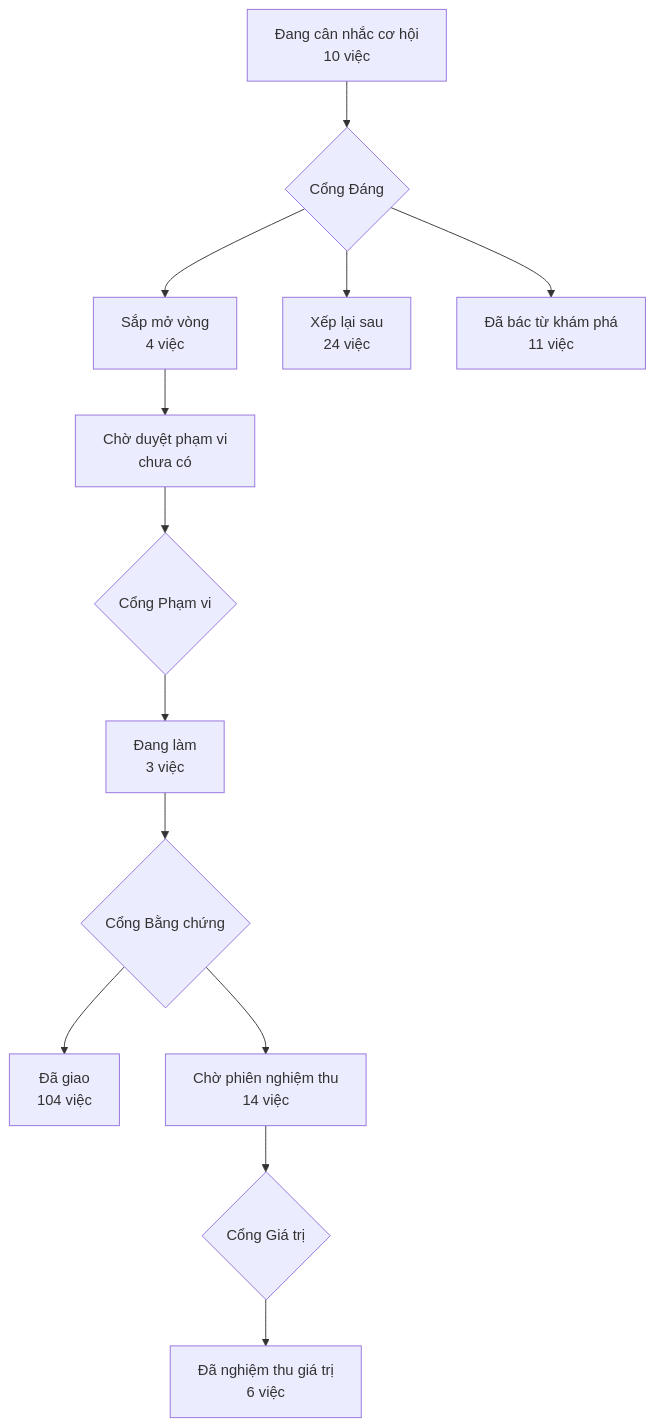
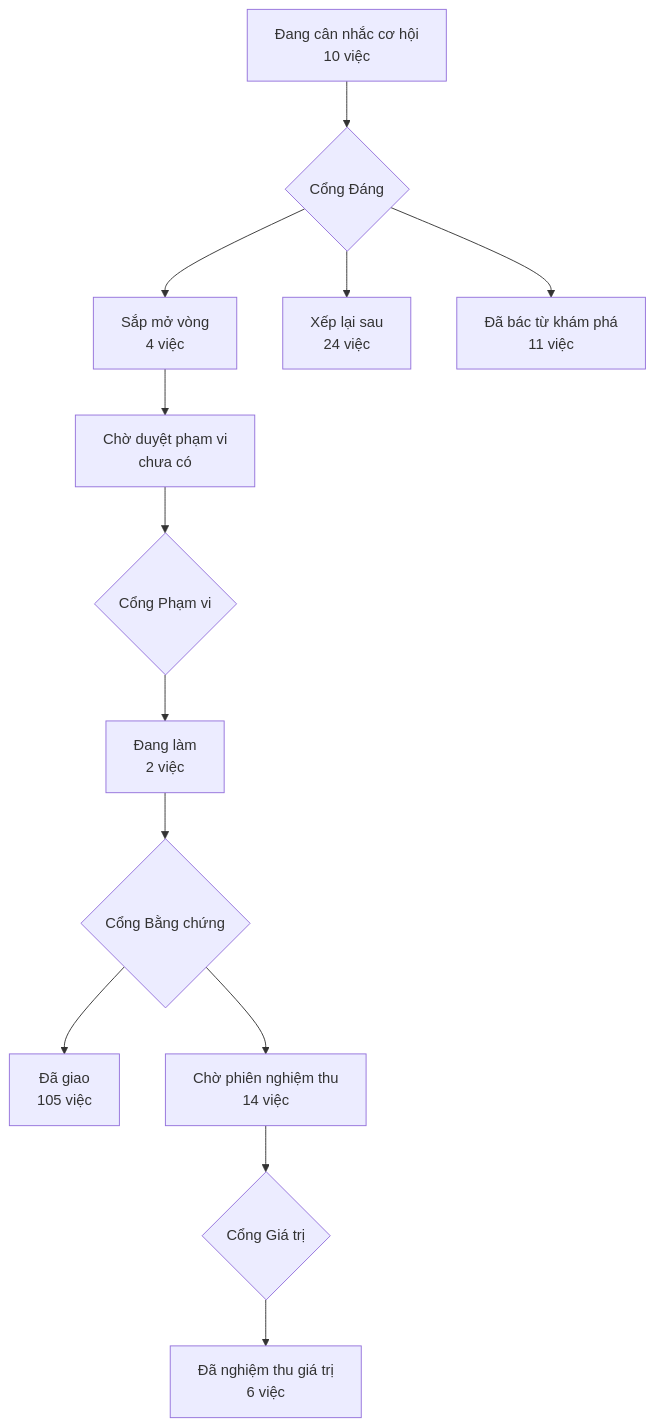
One commit to phanlemanh/acceptance-gate-kit changed the diagram in PRODUCT-MAP.md. Above: the diagram before and after it, drawn with Mermaid. The commit also changed 7 other files, not shown here.

````diff
--- a/PRODUCT-MAP.md
+++ b/PRODUCT-MAP.md
@@ -7,12 +7,12 @@
 ```mermaid
 flowchart TD
   A["Đang cân nhắc cơ hội<br/>10 việc"] --> GD{"Cổng Đáng"}
   GD --> B["Sắp mở vòng<br/>4 việc"]
   GD --> XL["Xếp lại sau<br/>24 việc"]
   GD --> DB["Đã bác từ khám phá<br/>11 việc"]
   B --> CD["Chờ duyệt phạm vi<br/>chưa có"] --> GP{"Cổng Phạm vi"}
-  GP --> DL["Đang làm<br/>3 việc"] --> GB{"Cổng Bằng chứng"}
-  GB --> DG["Đã giao<br/>104 việc"]
+  GP --> DL["Đang làm<br/>2 việc"] --> GB{"Cổng Bằng chứng"}
+  GB --> DG["Đã giao<br/>105 việc"]
   GB --> CN["Chờ phiên nghiệm thu<br/>14 việc"] --> GG{"Cổng Giá trị"}
   GG --> NT["Đã nghiệm thu giá trị<br/>6 việc"]
 ```
````
